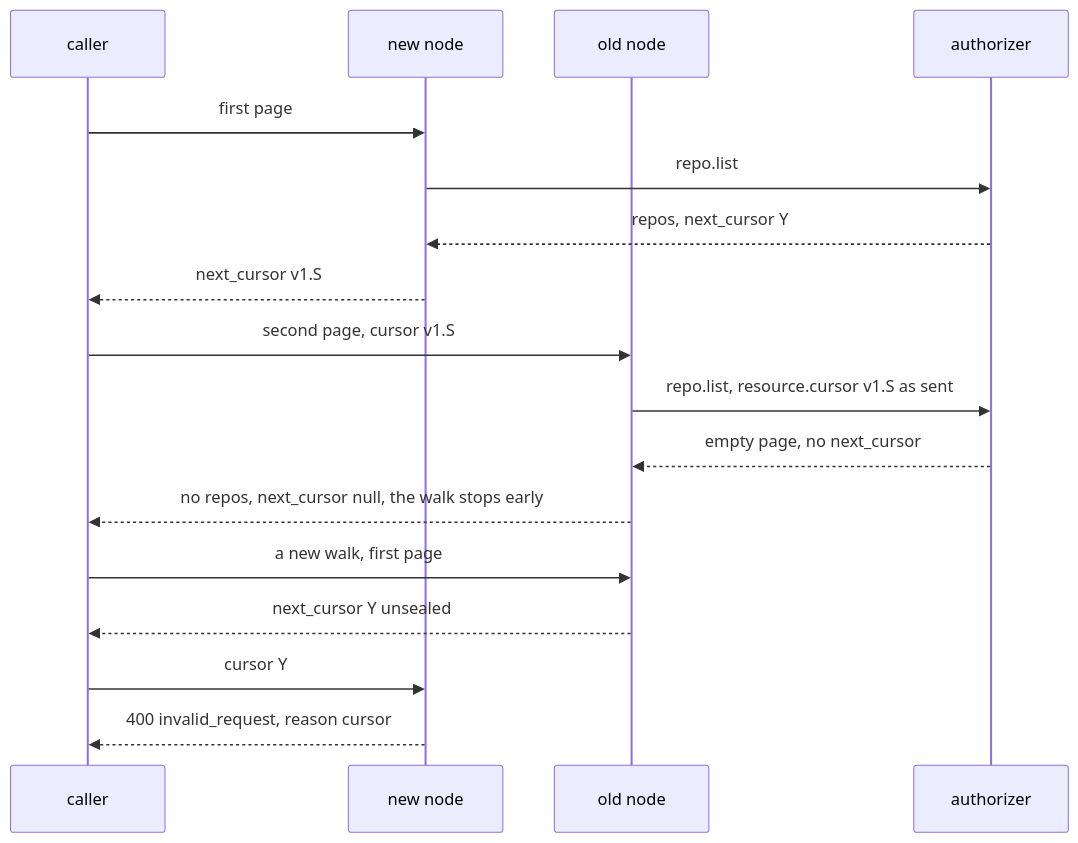
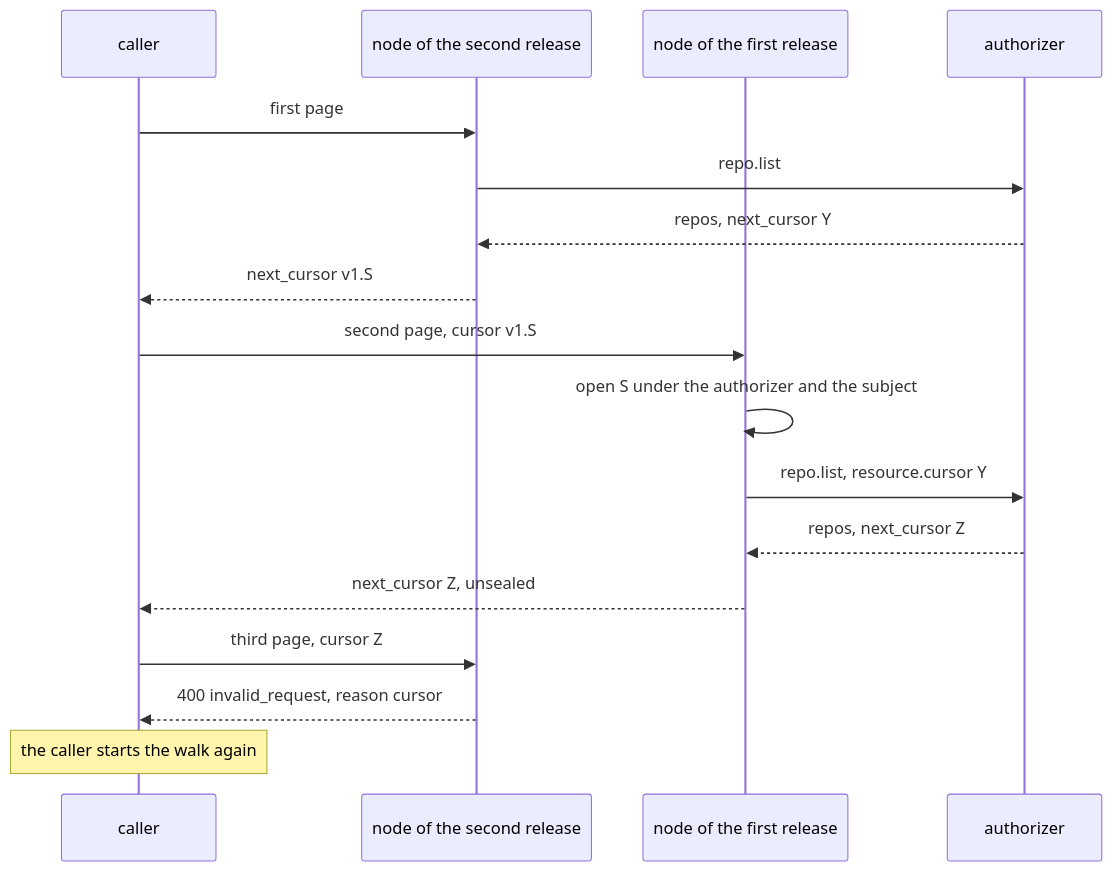
One commit to latere-ai/origo changed the fifth of 5 diagrams in specs/031-directory-cursor.md. Above: the diagram before and after it, drawn with Mermaid. The commit also changed other lines of this file and 1 other file, not shown here.

Commit message:
specs: 031 takes the review: a typed cursor refusal, two releases, the generated documents, and owners as a second contract change

````diff
--- a/specs/031-directory-cursor.md
+++ b/specs/031-directory-cursor.md
@@ -444,19 +498,19 @@
 ```mermaid
 sequenceDiagram
   participant C as caller
-  participant N as new node
-  participant O as old node
+  participant N as node of the second release
+  participant O as node of the first release
   participant A as authorizer
   C->>N: first page
   N->>A: repo.list
   A-->>N: repos, next_cursor Y
   N-->>C: next_cursor v1.S
   C->>O: second page, cursor v1.S
-  O->>A: repo.list, resource.cursor v1.S as sent
-  A-->>O: empty page, no next_cursor
-  O-->>C: no repos, next_cursor null, the walk stops early
-  C->>O: a new walk, first page
-  O-->>C: next_cursor Y unsealed
-  C->>N: cursor Y
+  O->>O: open S under the authorizer and the subject
+  O->>A: repo.list, resource.cursor Y
+  A-->>O: repos, next_cursor Z
+  O-->>C: next_cursor Z, unsealed
+  C->>N: third page, cursor Z
   N-->>C: 400 invalid_request, reason cursor
+  Note over C: the caller starts the walk again
 ```
````
